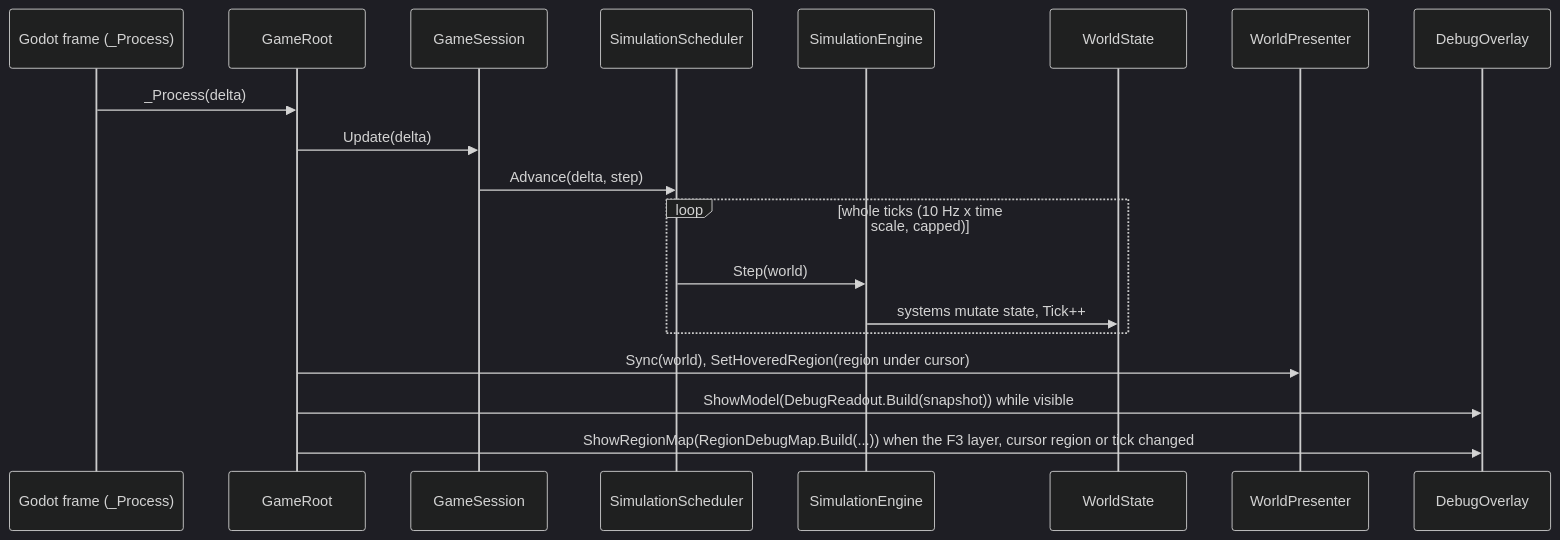
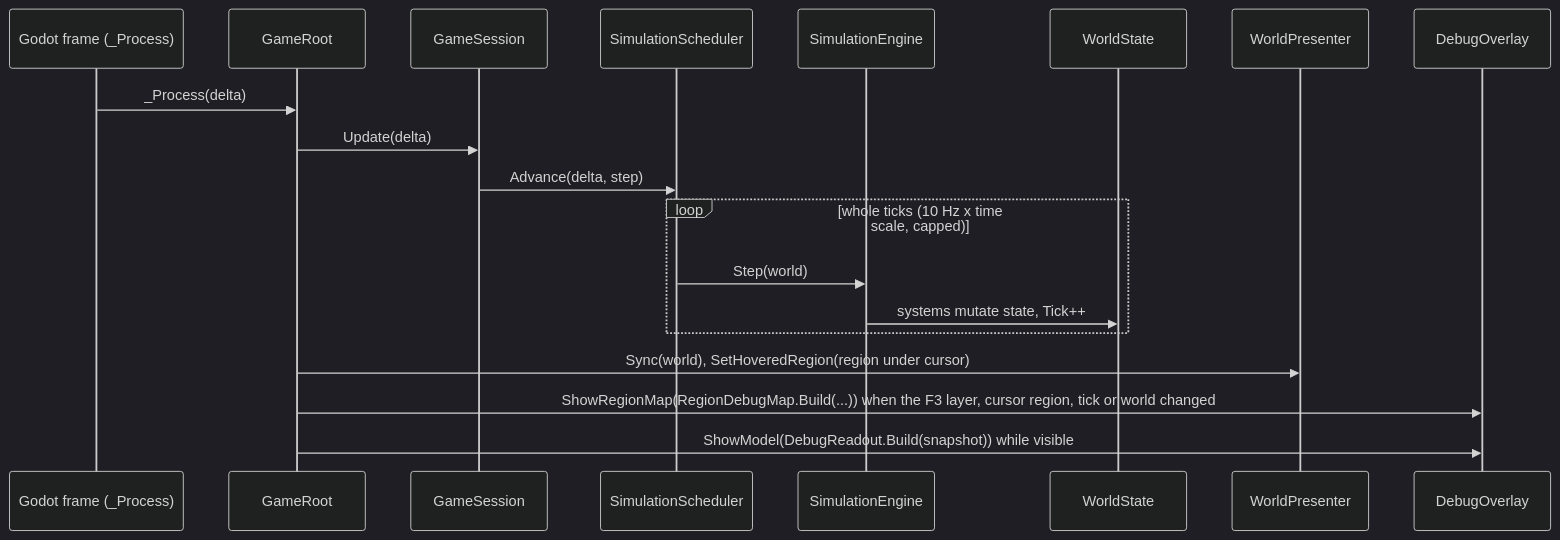
The second of 4 diagrams in .docs/milestone-1-foundation.md (roeyazroel/pantheon), drawn with Mermaid (dark theme) before and after one commit. The commit also changed other lines of this file and 13 other files, not shown here.

First line of the commit message:
feat(debug): F3 region debug map

````diff
--- a/.docs/milestone-1-foundation.md
+++ b/.docs/milestone-1-foundation.md
@@ -198,22 +198,22 @@
 ```mermaid
 sequenceDiagram
     participant Godot as Godot frame (_Process)
     participant Root as GameRoot
     participant Session as GameSession
     participant Sched as SimulationScheduler
     participant Engine as SimulationEngine
     participant State as WorldState
     participant View as WorldPresenter
     participant Overlay as DebugOverlay
 
     Godot->>Root: _Process(delta)
     Root->>Session: Update(delta)
     Session->>Sched: Advance(delta, step)
     loop whole ticks (10 Hz x time scale, capped)
         Sched->>Engine: Step(world)
         Engine->>State: systems mutate state, Tick++
     end
     Root->>View: Sync(world), SetHoveredRegion(region under cursor)
+    Root->>Overlay: ShowRegionMap(RegionDebugMap.Build(...)) when the F3 layer, cursor region, tick or world changed
     Root->>Overlay: ShowModel(DebugReadout.Build(snapshot)) while visible
-    Root->>Overlay: ShowRegionMap(RegionDebugMap.Build(...)) when the F3 layer, cursor region or tick changed
 ```
````
